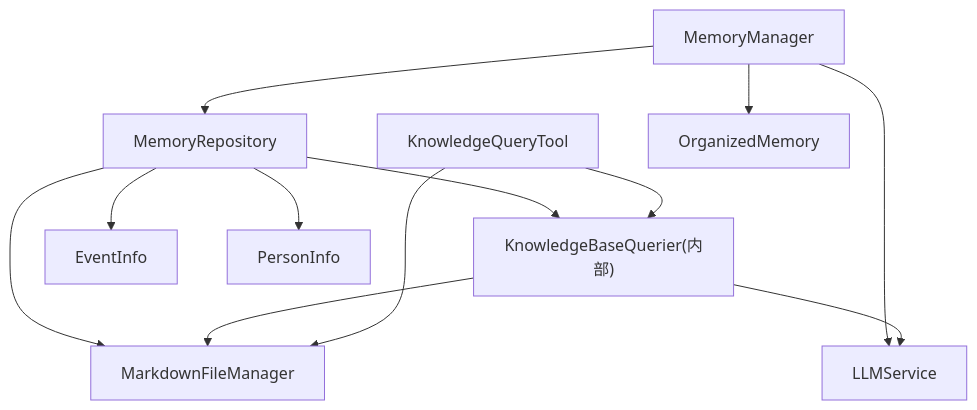
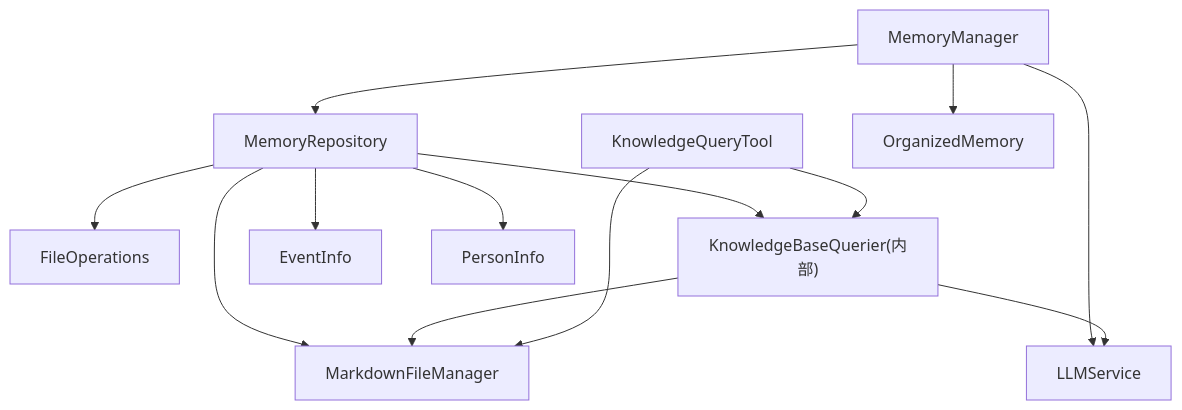
Before and after one commit to WangYiKai1017/zizuan: the seventh of 7 diagrams in .qoder/repowiki/zh/content/记忆管理系统/记忆管理系统.md, drawn with Mermaid. The commit also changed other lines of this file and 99 other files, not shown here.

````diff
--- a/.qoder/repowiki/zh/content/记忆管理系统/记忆管理系统.md
+++ b/.qoder/repowiki/zh/content/记忆管理系统/记忆管理系统.md
@@ -332,14 +364,15 @@
 ```mermaid
 graph TB
 MM["MemoryManager"] --> MR["MemoryRepository"]
 MM --> LLM["LLMService"]
 MR --> MFM["MarkdownFileManager"]
+MR --> FO["FileOperations"]
 MR --> KBQ["KnowledgeBaseQuerier(内部)"]
 KBQ --> LLM
 KBQ --> MFM
 KQT["KnowledgeQueryTool"] --> KBQ
 KQT --> MFM
 MR --> EM["EventInfo"]
 MR --> PM["PersonInfo"]
 MM --> OM["OrganizedMemory"]
 ```
````
